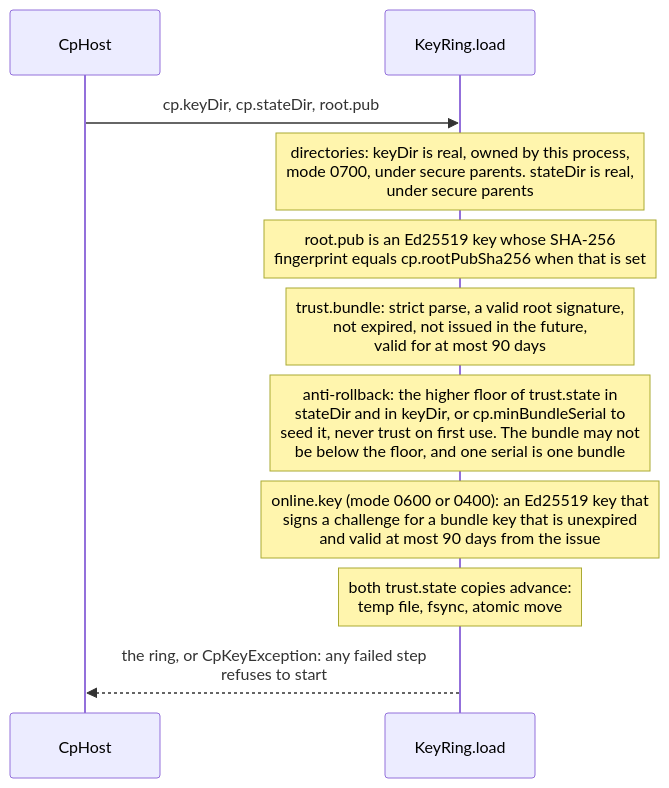
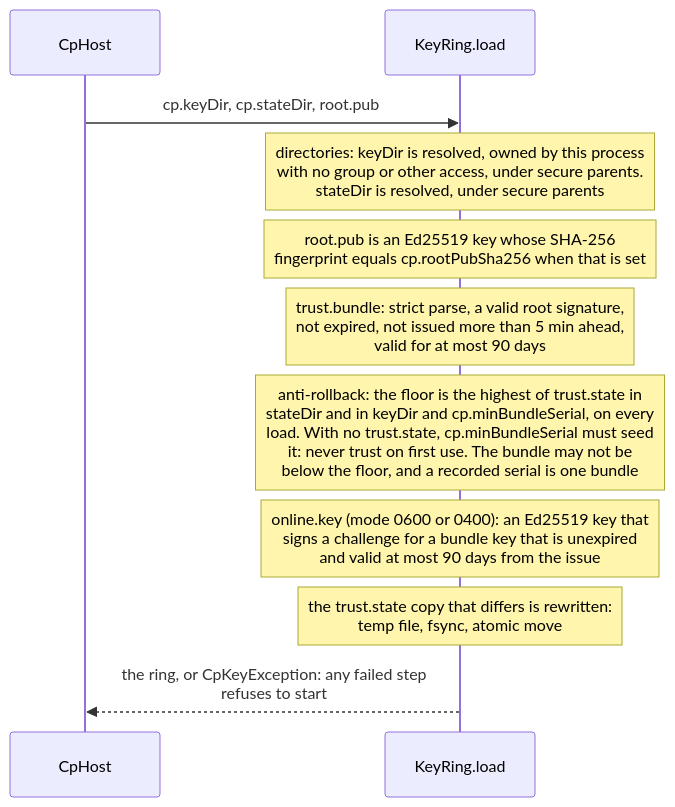
One commit to BlivionIaG/sjws_nettask changed the third of 3 diagrams in docs/design/control-plane-hosting.md. Above: the diagram before and after it, drawn with Mermaid. The commit also changed other lines of this file and 19 other files, not shown here.

First line of the commit message:
docs: fix the diagrams the fact-check found imprecise

````diff
--- a/docs/design/control-plane-hosting.md
+++ b/docs/design/control-plane-hosting.md
@@ -167,14 +167,14 @@
 ```mermaid
 sequenceDiagram
     participant H as CpHost
     participant K as KeyRing.load
 
     H->>K: cp.keyDir, cp.stateDir, root.pub
-    Note over K: directories: keyDir is real, owned by this process,<br/>mode 0700, under secure parents. stateDir is real,<br/>under secure parents
+    Note over K: directories: keyDir is resolved, owned by this process<br/>with no group or other access, under secure parents.<br/>stateDir is resolved, under secure parents
     Note over K: root.pub is an Ed25519 key whose SHA-256<br/>fingerprint equals cp.rootPubSha256 when that is set
-    Note over K: trust.bundle: strict parse, a valid root signature,<br/>not expired, not issued in the future,<br/>valid for at most 90 days
-    Note over K: anti-rollback: the higher floor of trust.state in<br/>stateDir and in keyDir, or cp.minBundleSerial to<br/>seed it, never trust on first use. The bundle may not<br/>be below the floor, and one serial is one bundle
+    Note over K: trust.bundle: strict parse, a valid root signature,<br/>not expired, not issued more than 5 min ahead,<br/>valid for at most 90 days
+    Note over K: anti-rollback: the floor is the highest of trust.state in<br/>stateDir and in keyDir and cp.minBundleSerial, on every<br/>load. With no trust.state, cp.minBundleSerial must seed<br/>it: never trust on first use. The bundle may not be<br/>below the floor, and a recorded serial is one bundle
     Note over K: online.key (mode 0600 or 0400): an Ed25519 key that<br/>signs a challenge for a bundle key that is unexpired<br/>and valid at most 90 days from the issue
-    Note over K: both trust.state copies advance:<br/>temp file, fsync, atomic move
+    Note over K: the trust.state copy that differs is rewritten:<br/>temp file, fsync, atomic move
     K-->>H: the ring, or CpKeyException: any failed step<br/>refuses to start
 ```
````
